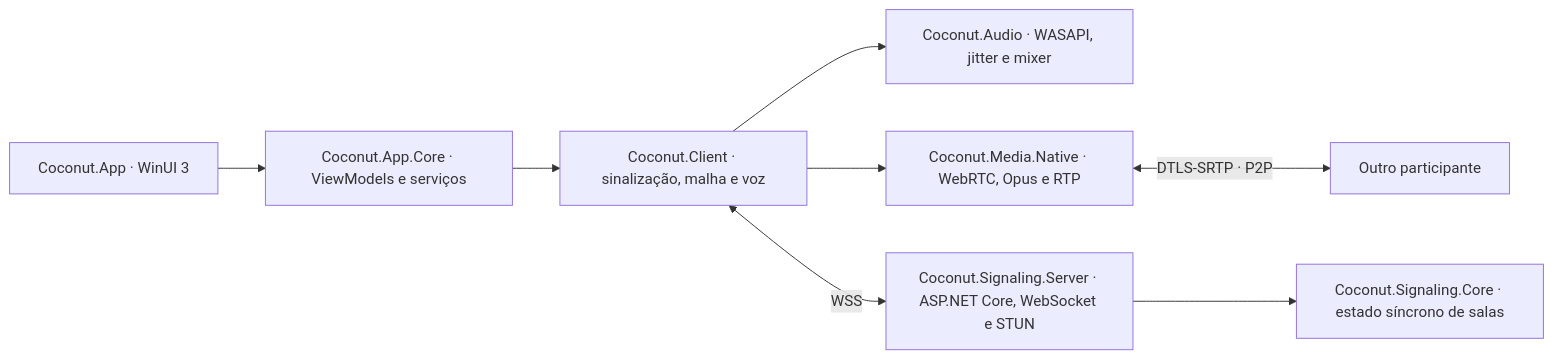
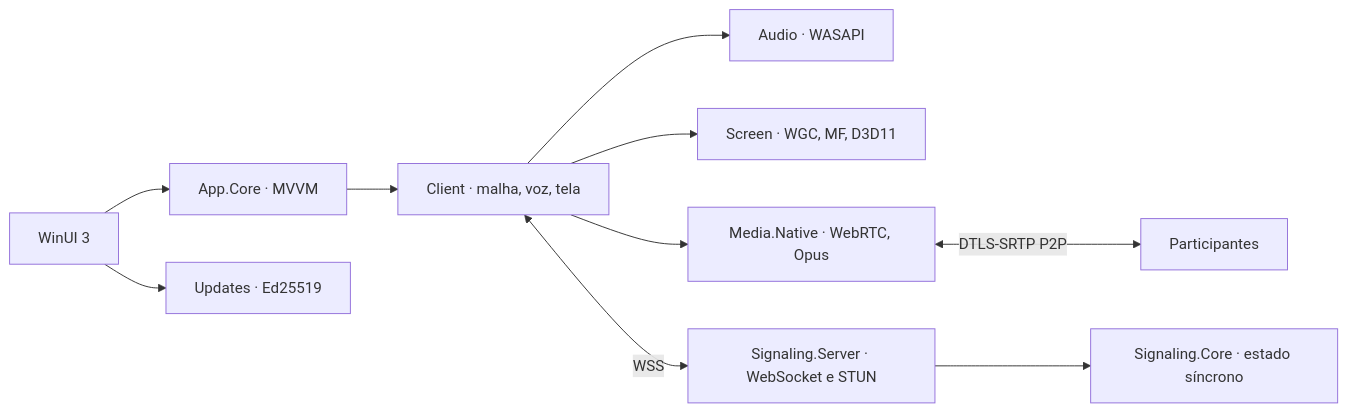
One commit to Tarcitani/coconut-call changed the diagram in docs/distribuicao-windows.md. Above: the diagram before and after it, drawn with Mermaid. The commit also changed other lines of this file and 80 other files, not shown here.

````diff
--- a/docs/distribuicao-windows.md
+++ b/docs/distribuicao-windows.md
@@ -5,10 +5,12 @@
 ```mermaid
 flowchart LR
-    UI["Coconut.App · WinUI 3"] --> VM["Coconut.App.Core · ViewModels e serviços"]
-    VM --> Client["Coconut.Client · sinalização, malha e voz"]
-    Client --> Audio["Coconut.Audio · WASAPI, jitter e mixer"]
-    Client --> Native["Coconut.Media.Native · WebRTC, Opus e RTP"]
-    Client <-->|WSS| Server["Coconut.Signaling.Server · ASP.NET Core, WebSocket e STUN"]
-    Server --> Core["Coconut.Signaling.Core · estado síncrono de salas"]
-    Native <-->|"DTLS-SRTP · P2P"| Peer[Outro participante]
+    UI[WinUI 3] --> VM[App.Core · MVVM]
+    VM --> Client[Client · malha, voz, tela]
+    Client --> Audio[Audio · WASAPI]
+    Client --> Screen[Screen · WGC, MF, D3D11]
+    Client --> Native[Media.Native · WebRTC, Opus]
+    Client <-->|WSS| Server[Signaling.Server · WebSocket e STUN]
+    Server --> Core[Signaling.Core · estado síncrono]
+    Native <-->|DTLS-SRTP P2P| Peer[Participantes]
+    UI --> Updates[Updates · Ed25519]
 ```
````
